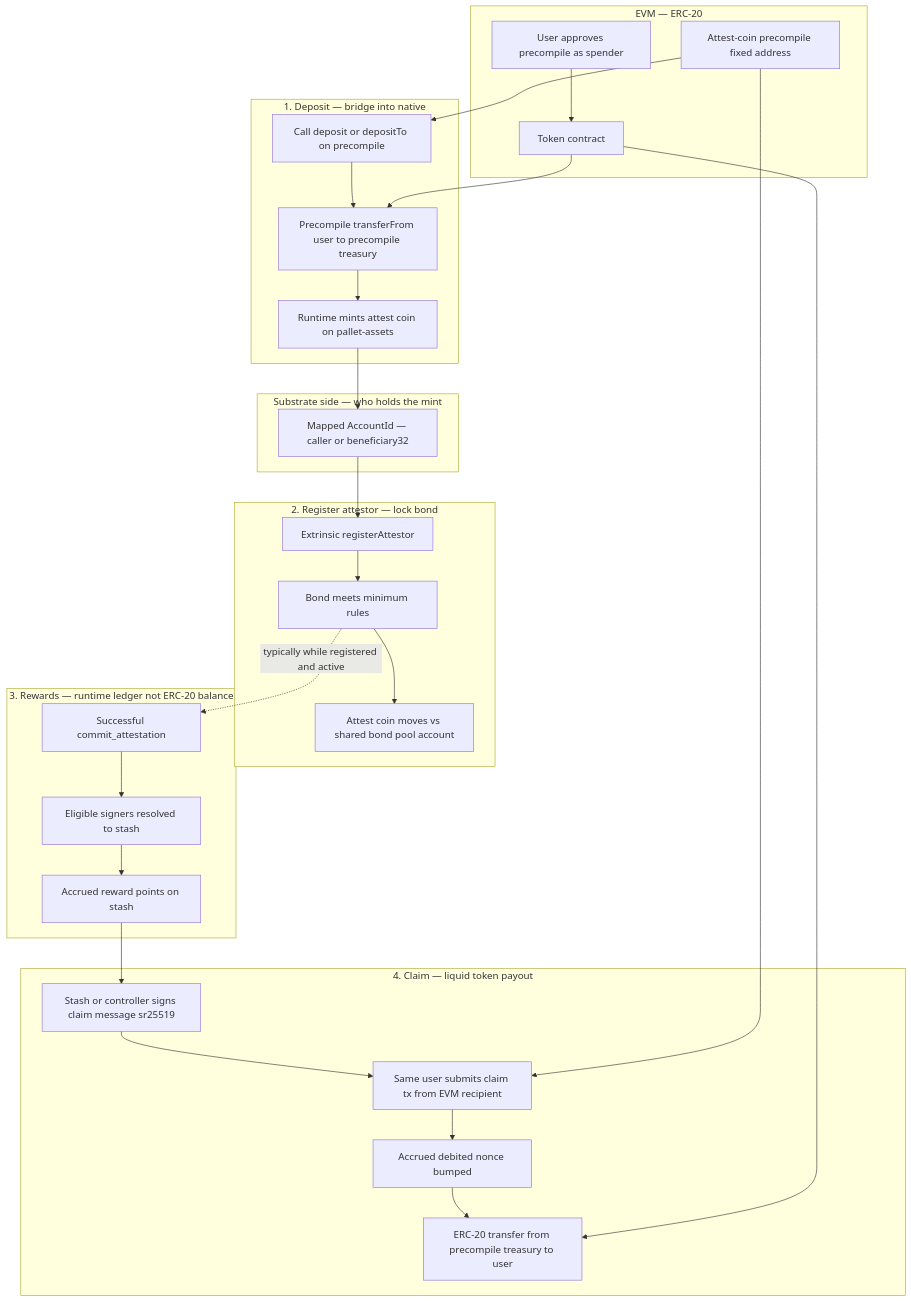
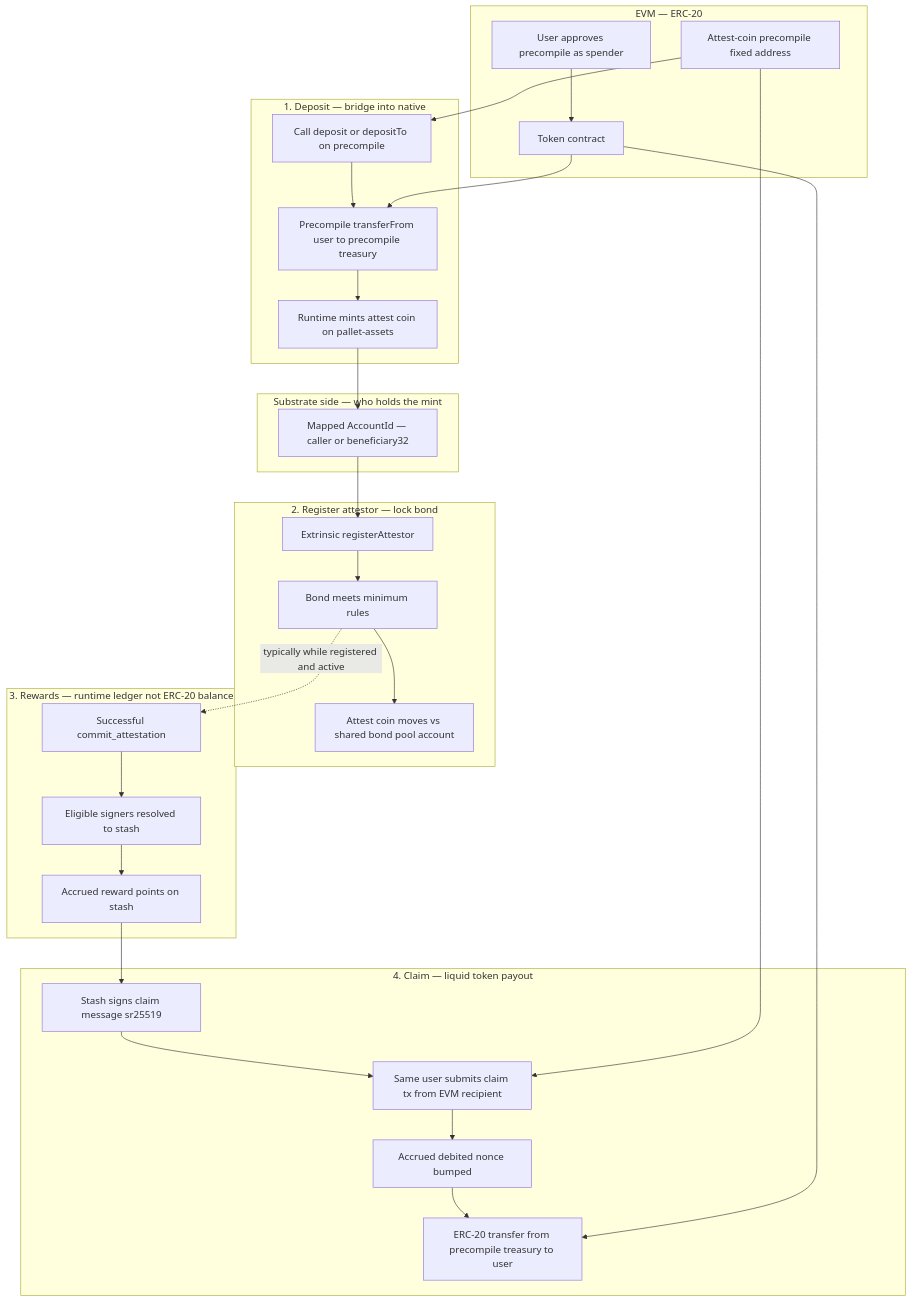
Before and after one commit to gluwa/creditcoin3: the diagram in docs/attest-coin-rewards-confluence-overview.md, drawn with Mermaid. The commit also changed other lines of this file and 1 other file, not shown here.

````diff
--- a/docs/attest-coin-rewards-confluence-overview.md
+++ b/docs/attest-coin-rewards-confluence-overview.md
@@ -35,54 +35,54 @@
 ```mermaid
 flowchart TB
     subgraph evm_token [EVM — ERC-20]
         T[Token contract]
         APP[User approves precompile as spender]
         PC[Attest-coin precompile fixed address]
         APP --> T
     end
 
     subgraph deposit_path [1. Deposit — bridge into native]
         D1[Call deposit or depositTo on precompile]
         D2[Precompile transferFrom user to precompile treasury]
         D3[Runtime mints attest coin on pallet-assets]
         D1 --> D2 --> D3
     end
 
     T --> D2
     PC --> D1
 
     subgraph stash [Substrate side — who holds the mint]
         M[Mapped AccountId — caller or beneficiary32]
         D3 --> M
     end
 
     subgraph bond_path [2. Register attestor — lock bond]
         R1[Extrinsic registerAttestor]
         R2[Bond meets minimum rules]
         R3[Attest coin moves vs shared bond pool account]
         R1 --> R2 --> R3
     end
 
     M --> R1
 
     subgraph rewards [3. Rewards — runtime ledger not ERC-20 balance]
         A1[Successful commit_attestation]
         A2[Eligible signers resolved to stash]
         A3[Accrued reward points on stash]
         A1 --> A2 --> A3
     end
 
     R2 -.->|"typically while registered and active"| A1
 
     subgraph claim_path [4. Claim — liquid token payout]
-        C1[Stash or controller signs claim message sr25519]
+        C1[Stash signs claim message sr25519]
         C2[Same user submits claim tx from EVM recipient]
         C3[Accrued debited nonce bumped]
         C4[ERC-20 transfer from precompile treasury to user]
         C1 --> C2 --> C3 --> C4
     end
 
     A3 --> C1
     PC --> C2
     T --> C4
 ```
````
